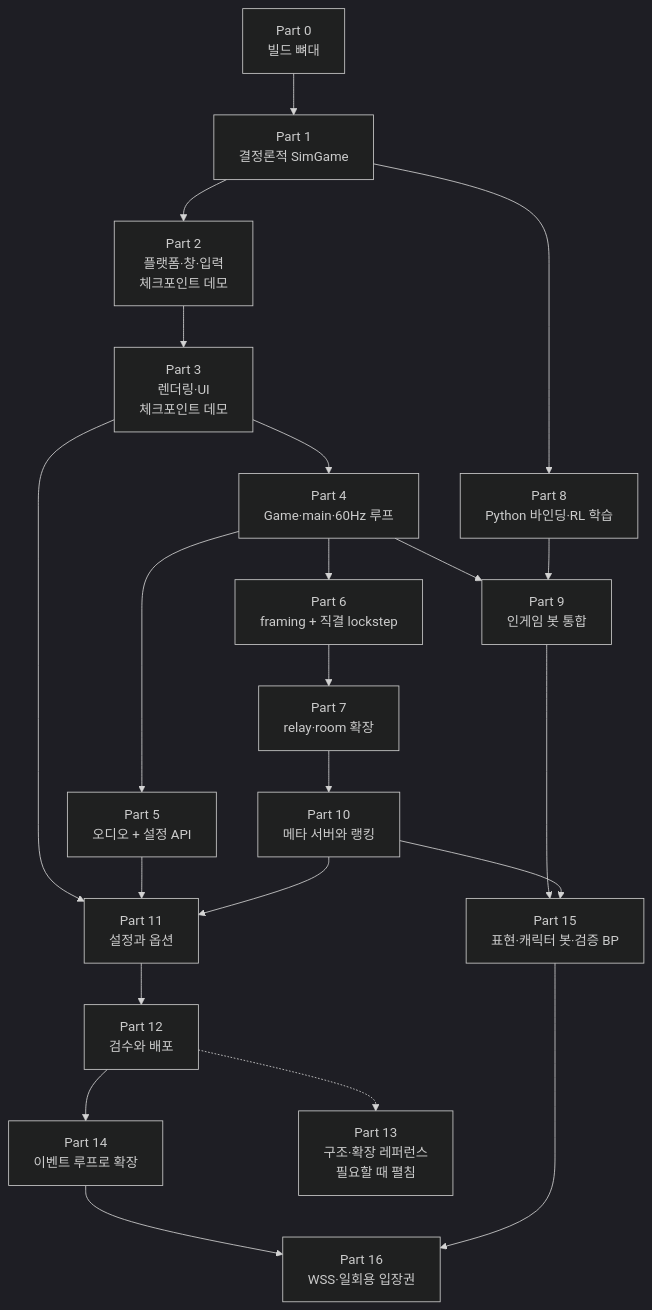
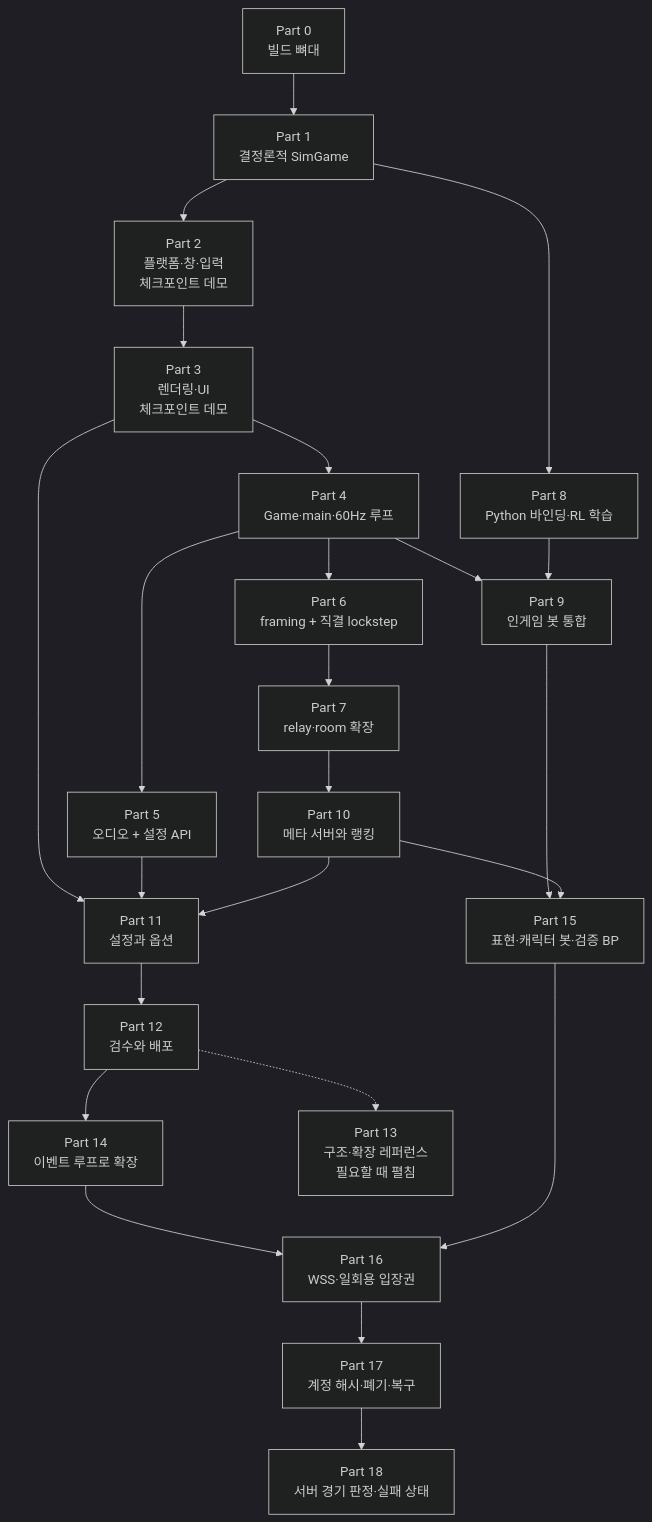
Before and after one commit to Rein-ArXiv/Tetris-Multiplayer-RL: the first of 2 diagrams in docs/blog/README.md, drawn with Mermaid (dark theme). The commit also changed other lines of this file and 78 other files, not shown here.

````diff
--- a/docs/blog/README.md
+++ b/docs/blog/README.md
@@ -32,24 +32,26 @@
 ```mermaid
 graph TB
     P0[Part 0<br/>빌드 뼈대] --> P1[Part 1<br/>결정론적 SimGame]
     P1 --> P2[Part 2<br/>플랫폼·창·입력<br/>체크포인트 데모]
     P2 --> P3[Part 3<br/>렌더링·UI<br/>체크포인트 데모]
     P3 --> P4[Part 4<br/>Game·main·60Hz 루프]
     P4 --> P5[Part 5<br/>오디오 + 설정 API]
     P4 --> P6[Part 6<br/>framing + 직결 lockstep]
     P6 --> P7[Part 7<br/>relay·room 확장]
     P1 --> P8[Part 8<br/>Python 바인딩·RL 학습]
     P4 --> P9[Part 9<br/>인게임 봇 통합]
     P8 --> P9
     P7 --> P10[Part 10<br/>메타 서버와 랭킹]
     P3 --> P11[Part 11<br/>설정과 옵션]
     P5 --> P11
     P10 --> P11
     P11 --> P12[Part 12<br/>검수와 배포]
     P12 --> P14[Part 14<br/>이벤트 루프로 확장]
     P9 --> P15[Part 15<br/>표현·캐릭터 봇·검증 BP]
     P10 --> P15
     P14 --> P16[Part 16<br/>WSS·일회용 입장권]
     P15 --> P16
+    P16 --> P17[Part 17<br/>계정 해시·폐기·복구]
+    P17 --> P18[Part 18<br/>서버 경기 판정·실패 상태]
     P12 -.-> P13[Part 13<br/>구조·확장 레퍼런스<br/>필요할 때 펼침]
 ```
````
